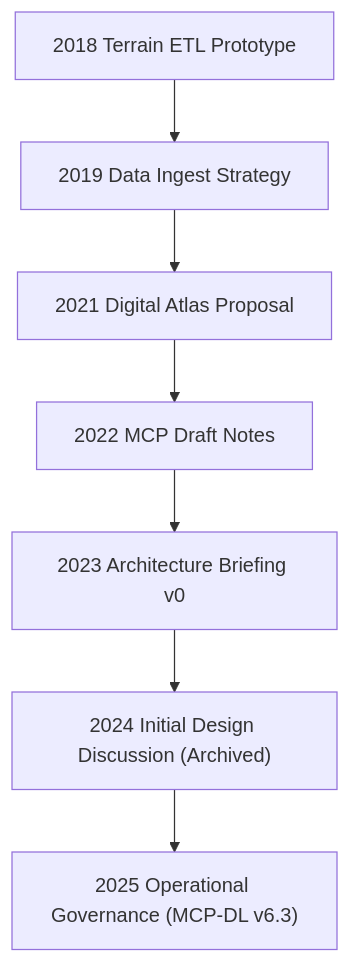
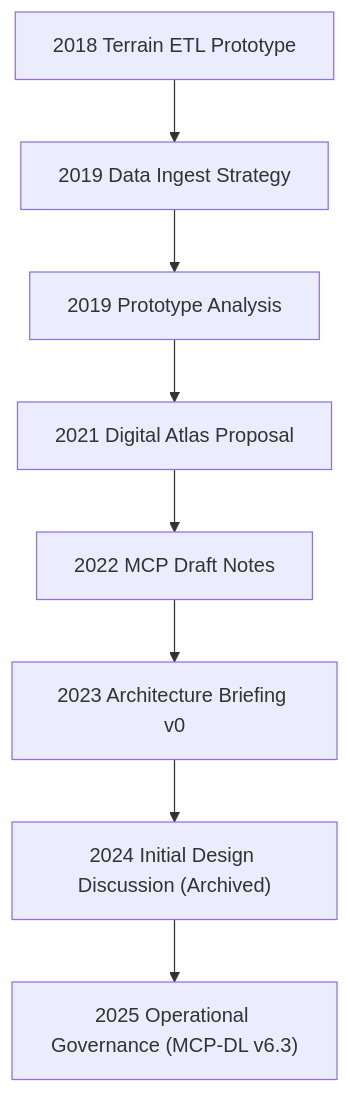
One commit to bartytime4life/Kansas-Frontier-Matrix changed the diagram in docs/notes/archive/legacy/README.md. Above: the diagram before and after it, drawn with Mermaid. The commit also changed other lines of this file, not shown here.

````diff
--- a/docs/notes/archive/legacy/README.md
+++ b/docs/notes/archive/legacy/README.md
@@ -138,9 +181,10 @@
 ```mermaid
 flowchart TD
     A["2018 Terrain ETL Prototype"] --> B["2019 Data Ingest Strategy"]
-    B --> C["2021 Digital Atlas Proposal"]
-    C --> D["2022 MCP Draft Notes"]
-    D --> E["2023 Architecture Briefing v0"]
-    E --> F["2024 Initial Design Discussion (Archived)"]
-    F --> G["2025 Operational Governance (MCP-DL v6.3)"]
+    B --> C["2019 Prototype Analysis"]
+    C --> D["2021 Digital Atlas Proposal"]
+    D --> E["2022 MCP Draft Notes"]
+    E --> F["2023 Architecture Briefing v0"]
+    F --> G["2024 Initial Design Discussion (Archived)"]
+    G --> H["2025 Operational Governance (MCP-DL v6.3)"]
 ```
````
